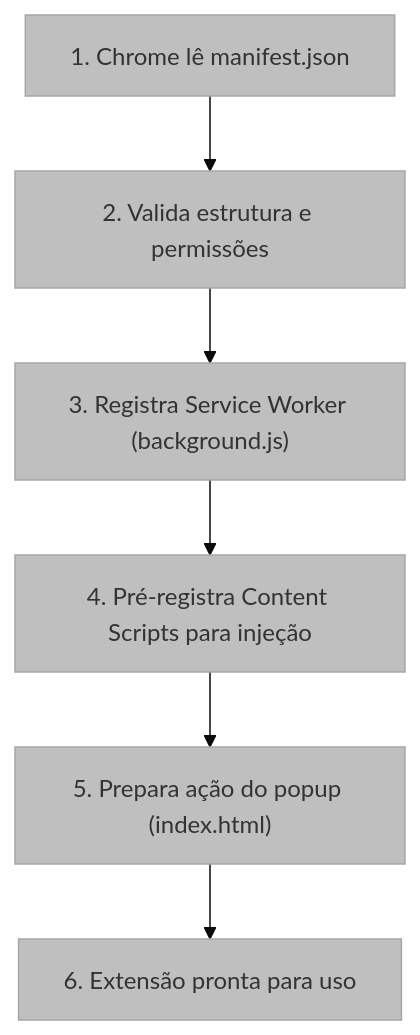
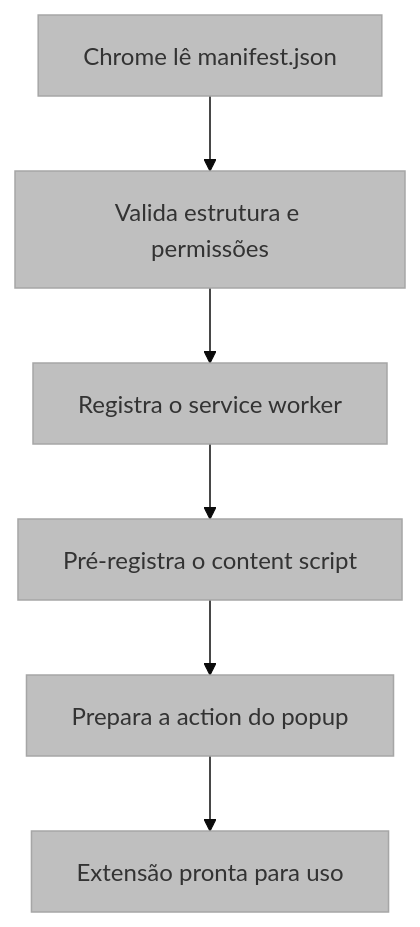
One commit to marcus-v-rodrigues/ux-auditor-extension changed the diagram in docs/01-manifesto.md. Above: the diagram before and after it, drawn with Mermaid. The commit also changed other lines of this file and 7 other files, not shown here.

````diff
--- a/docs/01-manifesto.md
+++ b/docs/01-manifesto.md
@@ -37,12 +33,12 @@
 ```mermaid
 %%{init: {'theme': 'base', 'themeVariables': { 'primaryColor': '#bfbfbf', 'edgeColor': '#5d5d5d' }, "flowchart": {"subGraphTitleMargin": {"bottom": 30}}}}%%
 flowchart TD
-    A["1. Chrome lê manifest.json"]
-    B["2. Valida estrutura e permissões"]
-    C["3. Registra Service Worker (background.js)"]
-    D["4. Pré-registra Content Scripts para injeção"]
-    E["5. Prepara ação do popup (index.html)"]
-    F["6. Extensão pronta para uso"]
-    
+    A["Chrome lê manifest.json"]
+    B["Valida estrutura e permissões"]
+    C["Registra o service worker"]
+    D["Pré-registra o content script"]
+    E["Prepara a action do popup"]
+    F["Extensão pronta para uso"]
+
     A --> B --> C --> D --> E --> F
 ```
````
